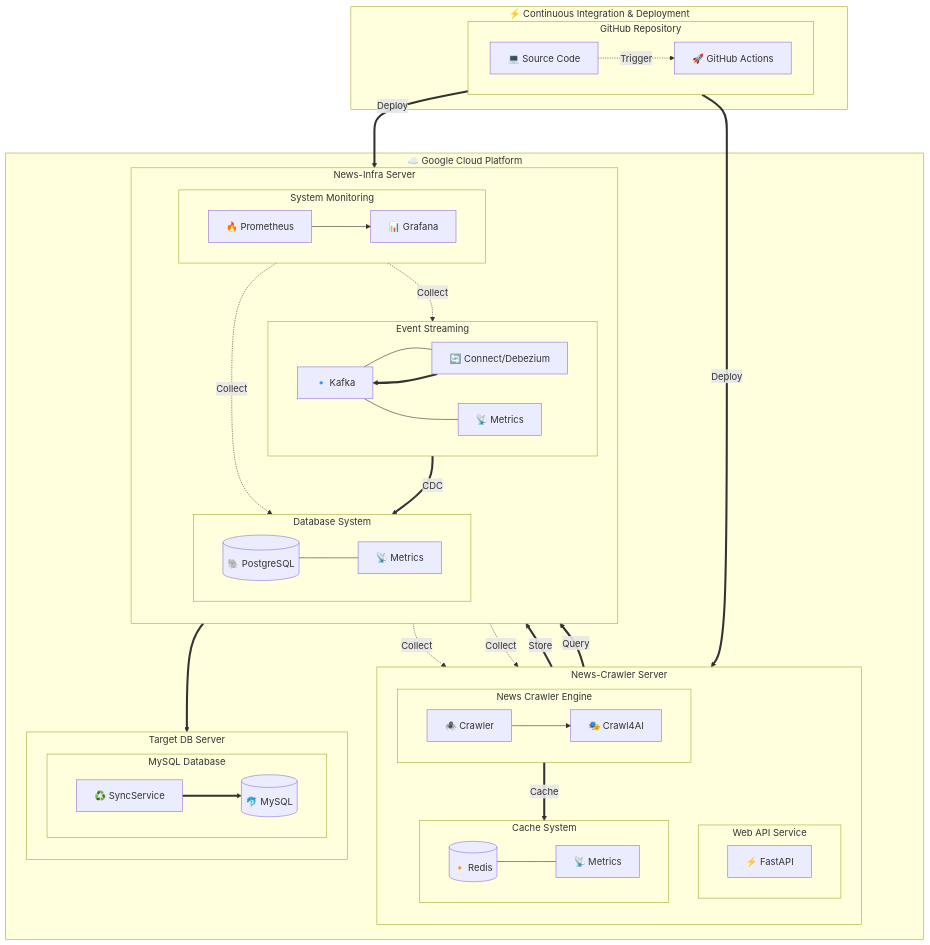
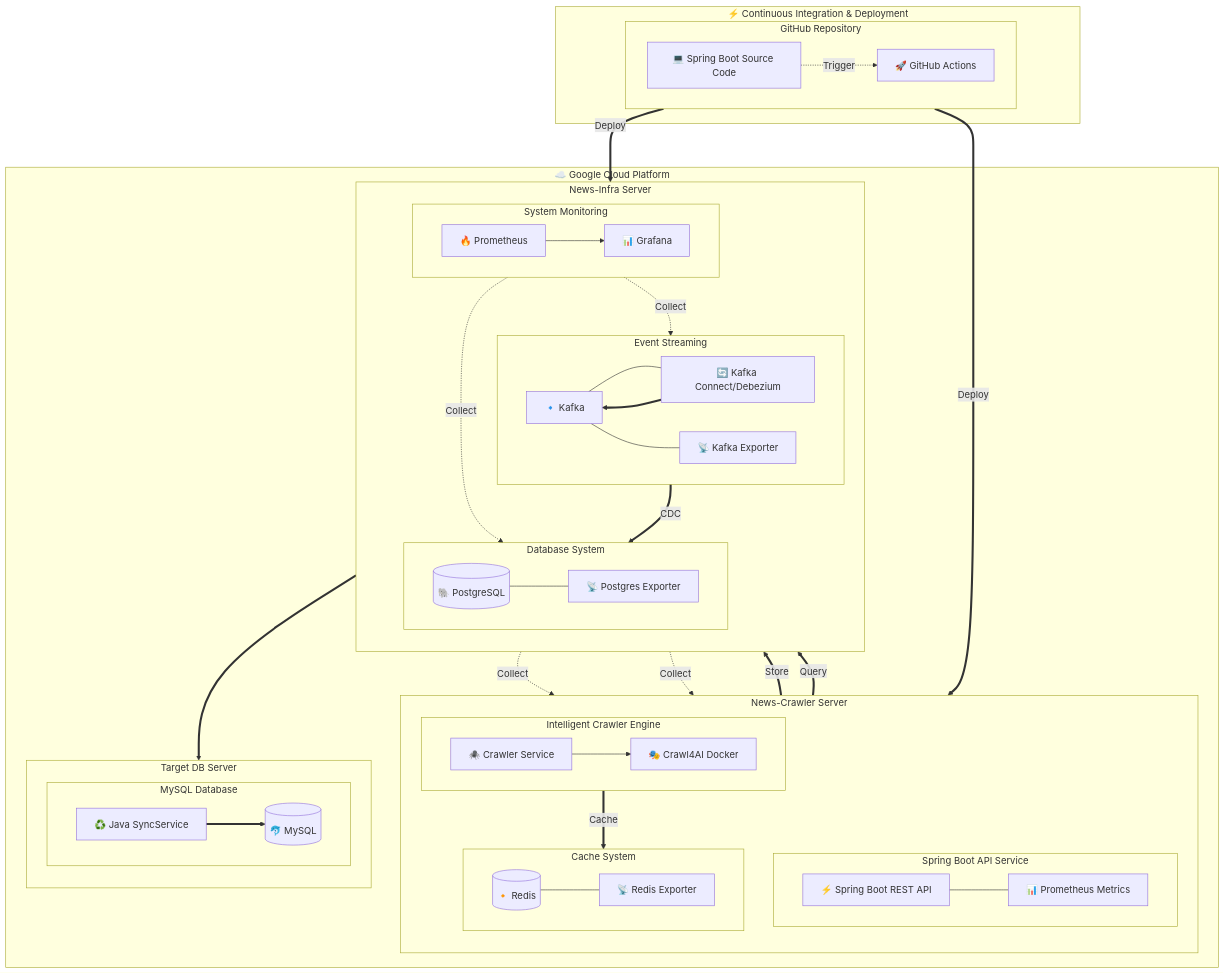
Before and after one commit to JunYupK/CDC-PipeLine-With-Kafka: the diagram in readme.md, drawn with Mermaid. The commit also changed other lines of this file, not shown here.

````diff
--- a/readme.md
+++ b/readme.md
@@ -10,7 +10,7 @@
     subgraph CI_CD["⚡ Continuous Integration & Deployment"]
         subgraph GitHub["GitHub Repository"]
             direction LR
-            code["💻 Source Code"]
+            code["💻 Spring Boot Source Code"]
             actions["🚀 GitHub Actions"]
             code -.->|Trigger| actions
         end
@@ -21,22 +21,24 @@
         %% Crawler VM
         subgraph CrawlerVM["News-Crawler Server"]
             direction TB
-            subgraph API["Web API Service"]
+            subgraph API["Spring Boot API Service"]
                 direction LR
-                fastapi["⚡ FastAPI"]
+                springboot["⚡ Spring Boot REST API"]
+                metrics["📊 Prometheus Metrics"]
+                springboot --- metrics
             end
             
-            subgraph Crawler["News Crawler Engine"]
+            subgraph Crawler["Intelligent Crawler Engine"]
                 direction LR
-                crawler["🕷️ Crawler"]
-                crawl4ai["🎭 Crawl4AI"]
-                crawler --> crawl4ai
+                crawlerservice["🕷️ Crawler Service"]
+                crawl4ai["🎭 Crawl4AI Docker"]
+                crawlerservice --> crawl4ai
             end
 
             subgraph CacheLayer["Cache System"]
                 direction LR
                 redis[("🔸 Redis")]
-                redis_exp["📡 Metrics"]
+                redis_exp["📡 Redis Exporter"]
                 redis --- redis_exp
             end
         end
@@ -47,15 +49,15 @@
             subgraph DB["Database System"]
                 direction LR
                 postgres[("🐘 PostgreSQL")]
-                pg_exp["📡 Metrics"]
+                pg_exp["📡 Postgres Exporter"]
                 postgres --- pg_exp
             end
             
             subgraph Stream["Event Streaming"]
                 direction LR
                 kafka["🔹 Kafka"]
-                connect["🔄 Connect/Debezium"]
-                kafka_exp["📡 Metrics"]
+                connect["🔄 Kafka Connect/Debezium"]
+                kafka_exp["📡 Kafka Exporter"]
                 kafka --- connect
                 kafka --- kafka_exp
             end
@@ -74,7 +76,7 @@
             subgraph TargetDB["MySQL Database"]
                 direction LR
                 mysql[("🐬 MySQL")]
-                sync["♻️ SyncService"]
+                sync["♻️ Java SyncService"]
             end
         end
     end
@@ -84,9 +86,9 @@
     actions ==>|Deploy| InfraVM
 
     %% Data Flow
-    crawler ==>|Store| postgres
-    crawler ==>|Cache| redis
-    fastapi ==>|Query| postgres
+    crawlerservice ==>|Store| postgres
+    crawlerservice ==>|Cache| redis
+    springboot ==>|Query| postgres
     connect ==>|CDC| postgres
     connect ==> kafka
     kafka ==> sync
@@ -96,5 +98,5 @@
     prometheus -.->|Collect| pg_exp
     prometheus -.->|Collect| kafka_exp
     prometheus -.->|Collect| redis_exp
-    prometheus -.->|Collect| fastapi
+    prometheus -.->|Collect| metrics
 ```
````
